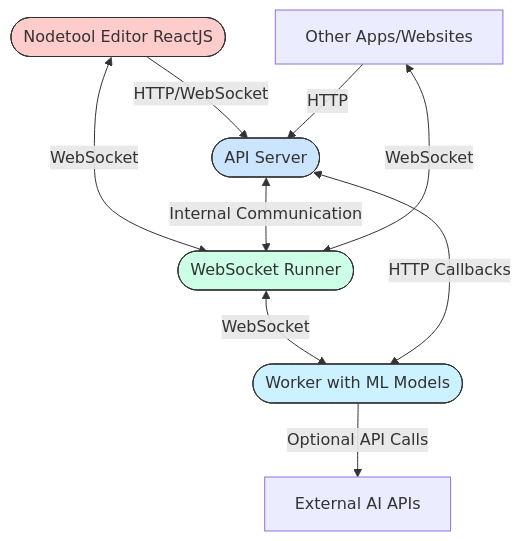
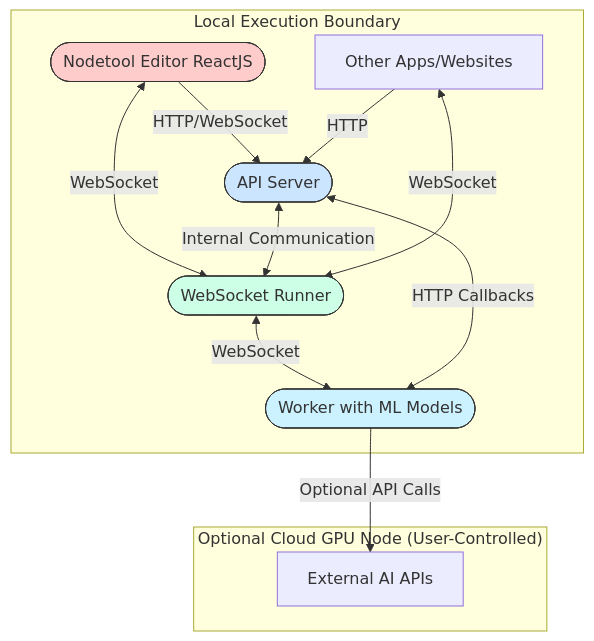
Before and after one commit to nodetool-ai/nodetool: the diagram in docs/architecture.md, drawn with Mermaid. The commit also changed 2 other files, not shown here.

Commit message:
docs: restore full feature list

````diff
--- a/docs/architecture.md
+++ b/docs/architecture.md
@@ -12,24 +12,28 @@
 ```mermaid
 %% For a dark themed diagram refer to `architecture.mermaid`
 %% The original diagram lives in the repository root
 %% and is reproduced here for convenience.
 %%{init: {'theme':'default'}}%%
 
 graph TD
-    A([Nodetool Editor ReactJS]) -->|HTTP/WebSocket| B([API Server])
-    A <-->|WebSocket| C([WebSocket Runner])
-    B <-->|Internal Communication| C
-    C <-->|WebSocket| D([Worker with ML Models])
-    D <-->|HTTP Callbacks| B
-    E[Other Apps/Websites] -->|HTTP| B
-    E <-->|WebSocket| C
-    D -->|Optional API Calls| F[External AI APIs]
+    subgraph "Local Execution Boundary"
+        A([Nodetool Editor ReactJS]) -->|HTTP/WebSocket| B([API Server])
+        A <-->|WebSocket| C([WebSocket Runner])
+        B <-->|Internal Communication| C
+        C <-->|WebSocket| D([Worker with ML Models])
+        D <-->|HTTP Callbacks| B
+        E[Other Apps/Websites] -->|HTTP| B
+        E <-->|WebSocket| C
+    end
+    subgraph "Optional Cloud GPU Node (User-Controlled)"
+        D -->|Optional API Calls| F[External AI APIs]
+    end
     classDef frontend fill:#ffcccc,stroke:#333;
     classDef server fill:#cce5ff,stroke:#333;
     classDef runner fill:#ccffe5,stroke:#333;
     classDef worker fill:#ccf2ff,stroke:#333;
     class A frontend
     class B server
     class C runner
     class D worker
 ```
````
